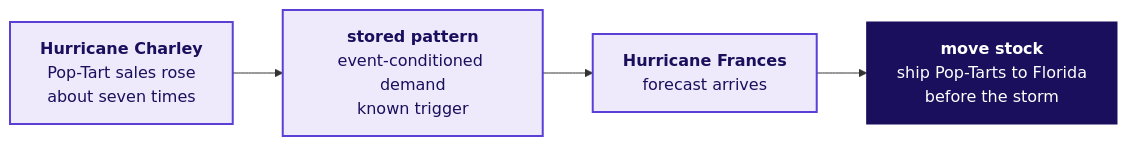
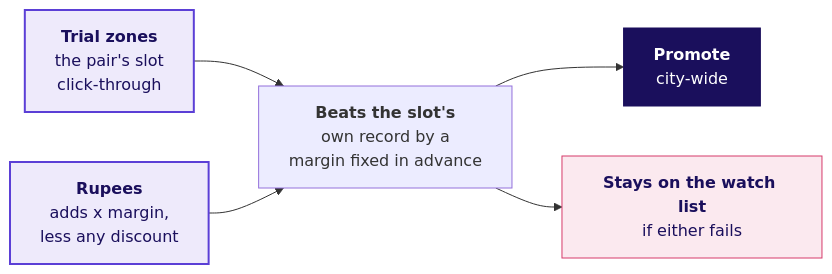
The second of 3 diagrams in content/W04/D3/slides/C2_W04_D03_fallback_STUDENT.md (fde-academy-lab/c2-content-factory), drawn with Mermaid before and after one commit. The commit also changed other lines of this file and 37 other files, not shown here.

````diff
--- a/content/W04/D3/slides/C2_W04_D03_fallback_STUDENT.md
+++ b/content/W04/D3/slides/C2_W04_D03_fallback_STUDENT.md
@@ -180,10 +93,13 @@
 ```mermaid
 flowchart LR
-    C["<b>Hurricane Charley</b><br/>Pop-Tart sales rose<br/>about seven times"] --> S["<b>stored pattern</b><br/>event-conditioned demand<br/>known trigger"]
-    S --> F["<b>Hurricane Frances</b><br/>forecast arrives"]
-    F --> M["<b>move stock</b><br/>ship Pop-Tarts to Florida<br/>before the storm"]
+    T["<b>Trial zones</b><br/>the pair's slot<br/>click-through"] --> G["<b>Beats the slot's</b><br/>own record by a<br/>margin fixed in advance"]
+    R["<b>Rupees</b><br/>adds x margin,<br/>less any discount"] --> G
+    G --> P["<b>Promote</b><br/>city-wide"]
+    G --> W["<b>Stays on the watch list</b><br/>if either fails"]
     classDef known fill:#EEEAFB,stroke:#5B3FD6,color:#1A0F5C,stroke-width:2px
     classDef lit fill:#1A0F5C,stroke:#1A0F5C,color:#FFFFFF
-    class C,S,F known
-    class M lit
+    classDef bad fill:#FBE9EF,stroke:#D63A6A,color:#1A0F5C
+    class T,R known
+    class P lit
+    class W bad
 ```
````
